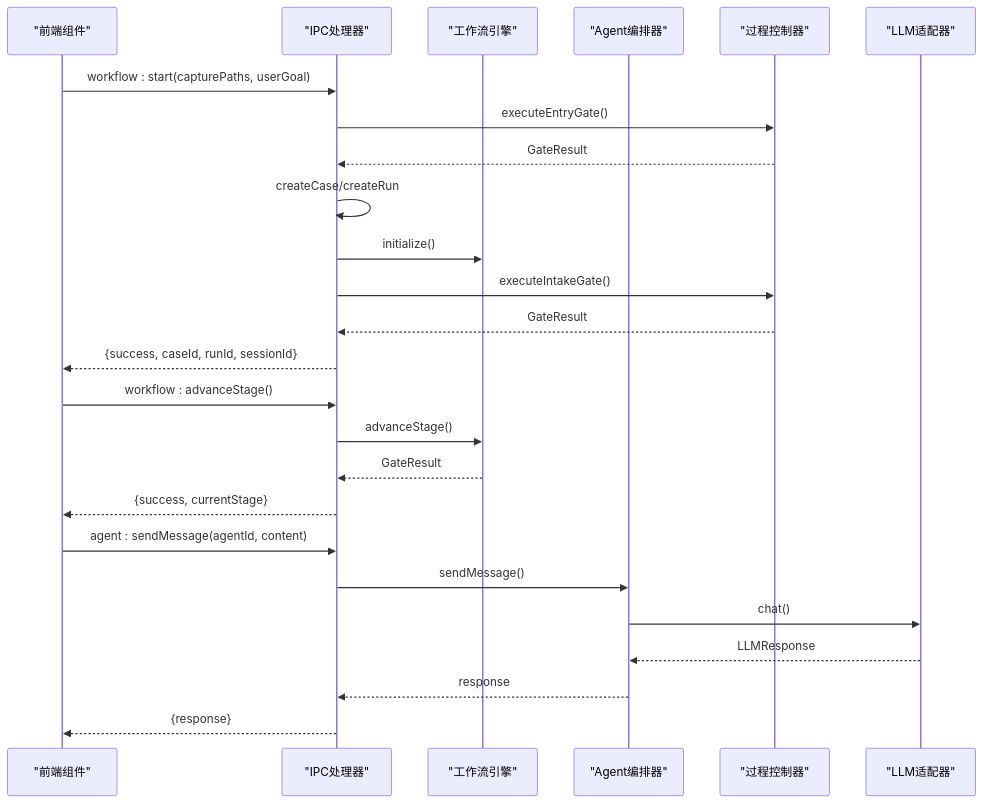
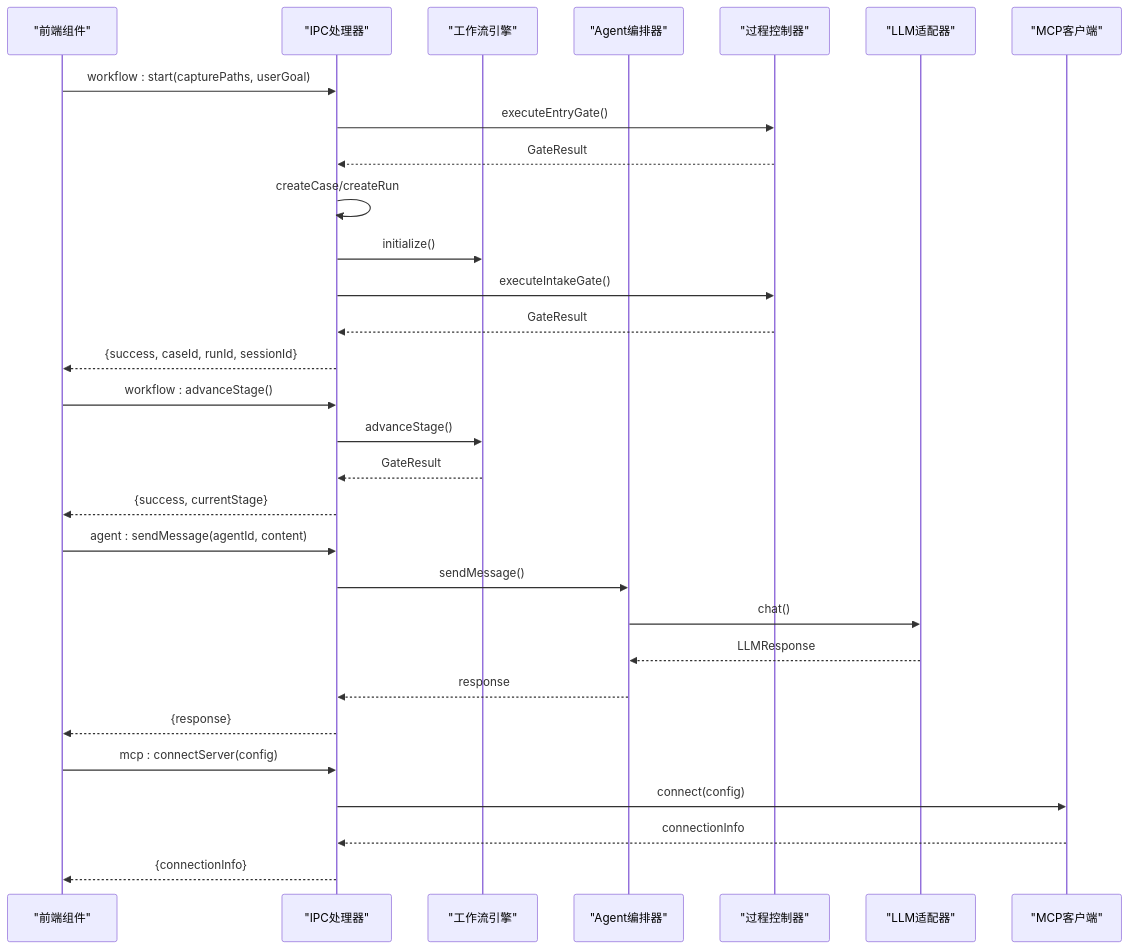
One commit to haolange/RDC-Agent changed the seventh of 10 diagrams in .qoder/repowiki/zh/content/架构设计/Agent编排系统.md. Above: the diagram before and after it, drawn with Mermaid. The commit also changed other lines of this file and 3483 other files, not shown here.

````diff
--- a/.qoder/repowiki/zh/content/架构设计/Agent编排系统.md
+++ b/.qoder/repowiki/zh/content/架构设计/Agent编排系统.md
@@ -318,27 +369,32 @@
 ```mermaid
 sequenceDiagram
 participant FE as "前端组件"
 participant IPC as "IPC处理器"
 participant WF as "工作流引擎"
 participant AO as "Agent编排器"
 participant HC as "过程控制器"
 participant LLMA as "LLM适配器"
+participant MCP as "MCP客户端"
 FE->>IPC : workflow : start(capturePaths, userGoal)
 IPC->>HC : executeEntryGate()
 HC-->>IPC : GateResult
 IPC->>IPC : createCase/createRun
 IPC->>WF : initialize()
 IPC->>HC : executeIntakeGate()
 HC-->>IPC : GateResult
 IPC-->>FE : {success, caseId, runId, sessionId}
 FE->>IPC : workflow : advanceStage()
 IPC->>WF : advanceStage()
 WF-->>IPC : GateResult
 IPC-->>FE : {success, currentStage}
 FE->>IPC : agent : sendMessage(agentId, content)
 IPC->>AO : sendMessage()
 AO->>LLMA : chat()
 LLMA-->>AO : LLMResponse
 AO-->>IPC : response
 IPC-->>FE : {response}
+FE->>IPC : mcp : connectServer(config)
+IPC->>MCP : connect(config)
+MCP-->>IPC : connectionInfo
+IPC-->>FE : {connectionInfo}
 ```
````
